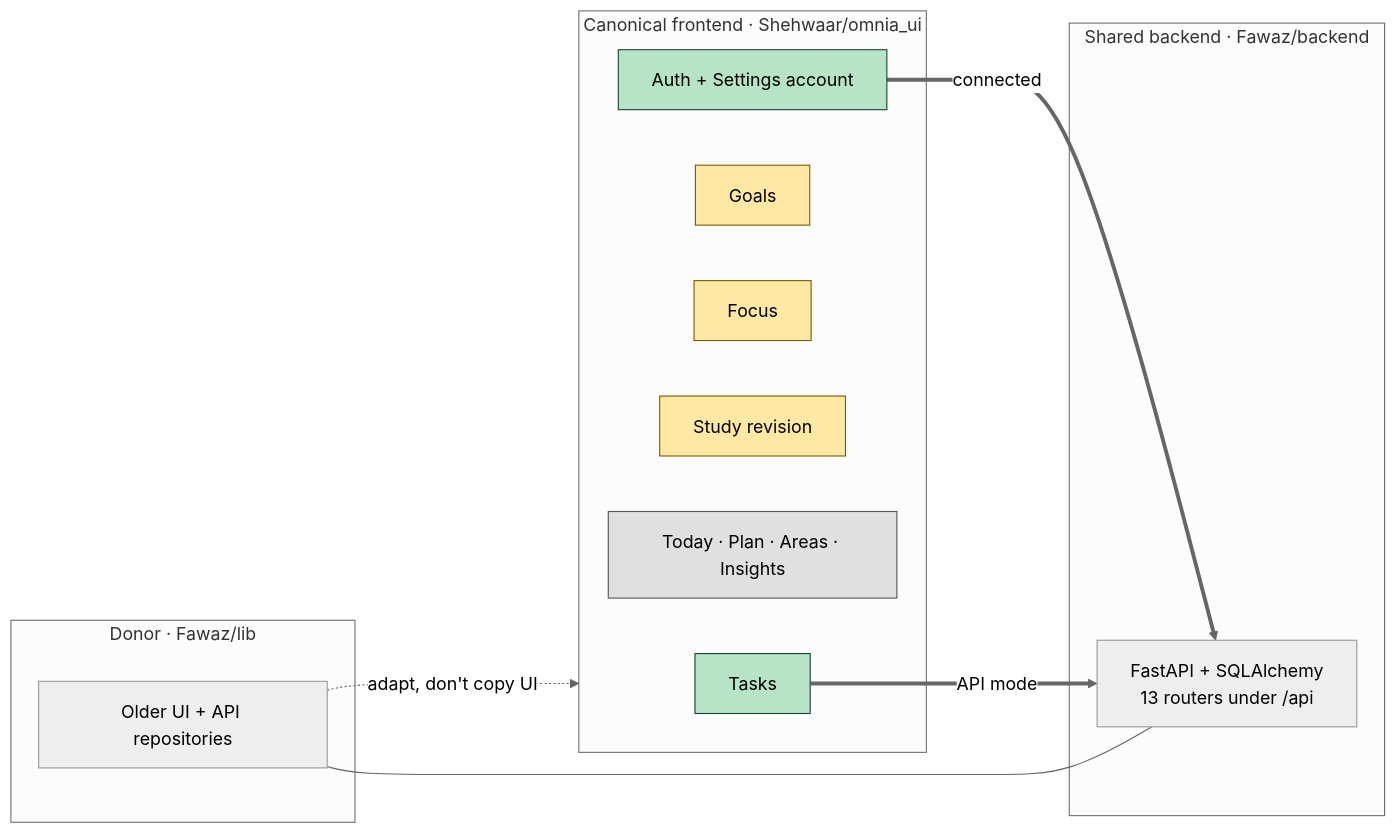
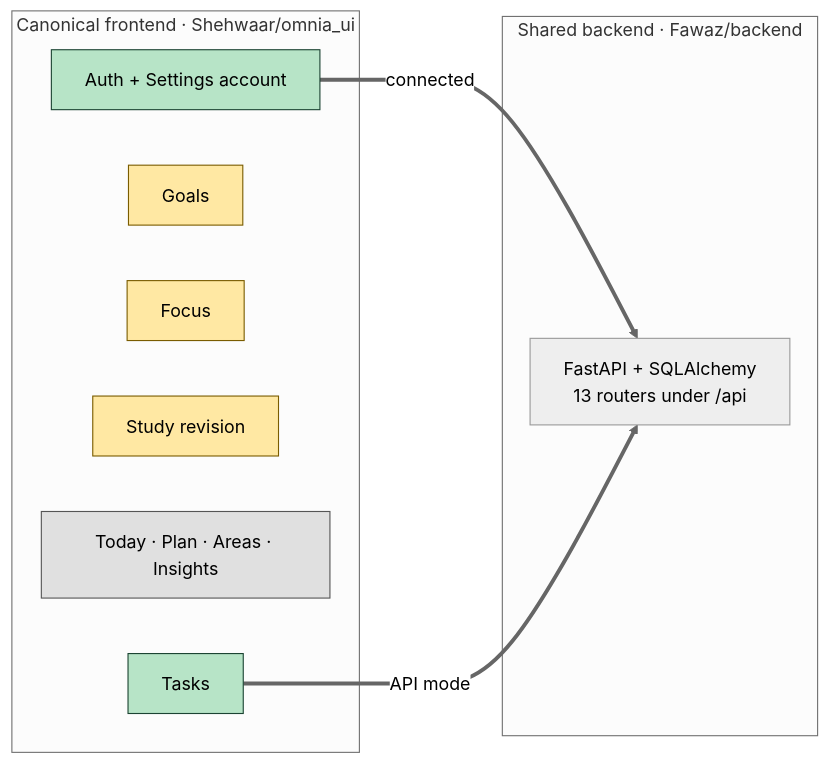
One commit to Gaoher-1207/omnia changed the diagram in docs/omnia-vault/00 - OMNIA.md. Above: the diagram before and after it, drawn with Mermaid (neutral theme). The commit also changed other lines of this file and 35 other files, not shown here.

````diff
--- a/docs/omnia-vault/00 - OMNIA.md
+++ b/docs/omnia-vault/00 - OMNIA.md
@@ -32,25 +32,20 @@
 ```mermaid
 flowchart LR
     subgraph Canonical["Canonical frontend · Shehwaar/omnia_ui"]
         F1[Tasks]:::api
         F2[Goals]:::local
         F3[Focus]:::local
         F4[Study revision]:::local
         F5[Today · Plan · Areas · Insights]:::sample
         F6[Auth + Settings account]:::api
     end
     subgraph Backend["Shared backend · Fawaz/backend"]
         B[FastAPI + SQLAlchemy<br/>13 routers under /api]
     end
-    subgraph Donor["Donor · Fawaz/lib"]
-        D[Older UI + API repositories]
-    end
     F6 ==>|connected| B
     F1 ==>|API mode| B
-    D -.->|adapt, don't copy UI| Canonical
-    D --- B
 
     classDef api fill:#b7e4c7,stroke:#1b4332,color:#000
     classDef local fill:#ffe8a3,stroke:#7a5c00,color:#000
     classDef sample fill:#e0e0e0,stroke:#555,color:#000
 ```
````
